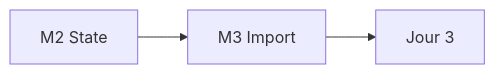
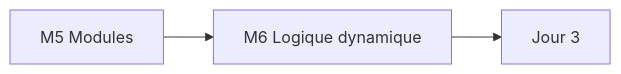
The diagram in courses/day-02/README.md (msellamiTN/data-plateform-iac), drawn with Mermaid before and after one commit. The commit also changed other lines of this file and 142 other files, not shown here.

````diff
--- a/courses/day-02/README.md
+++ b/courses/day-02/README.md
@@ -36,5 +33,5 @@
 ```mermaid
 flowchart LR
-    M2[M2 State] --> M3[M3 Import]
-    M3 --> J3[Jour 3]
+    M5[M5 Modules] --> M6[M6 Logique dynamique]
+    M6 --> J3[Jour 3]
 ```
````
